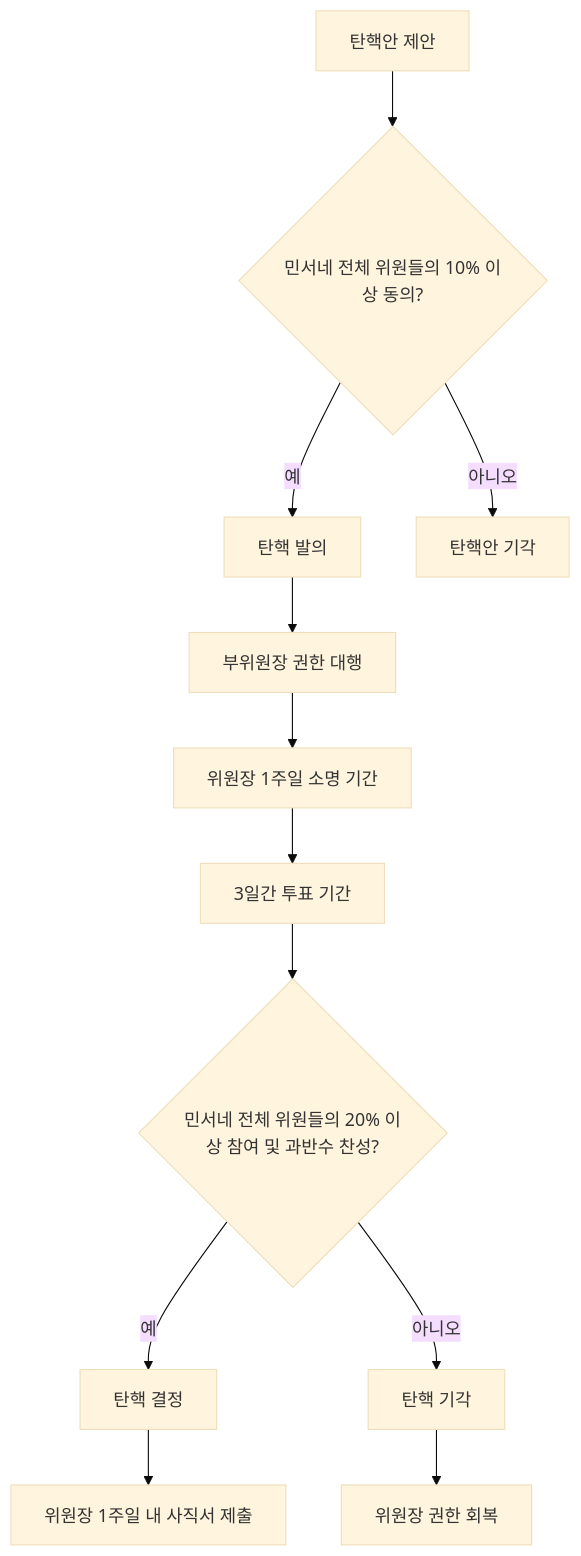
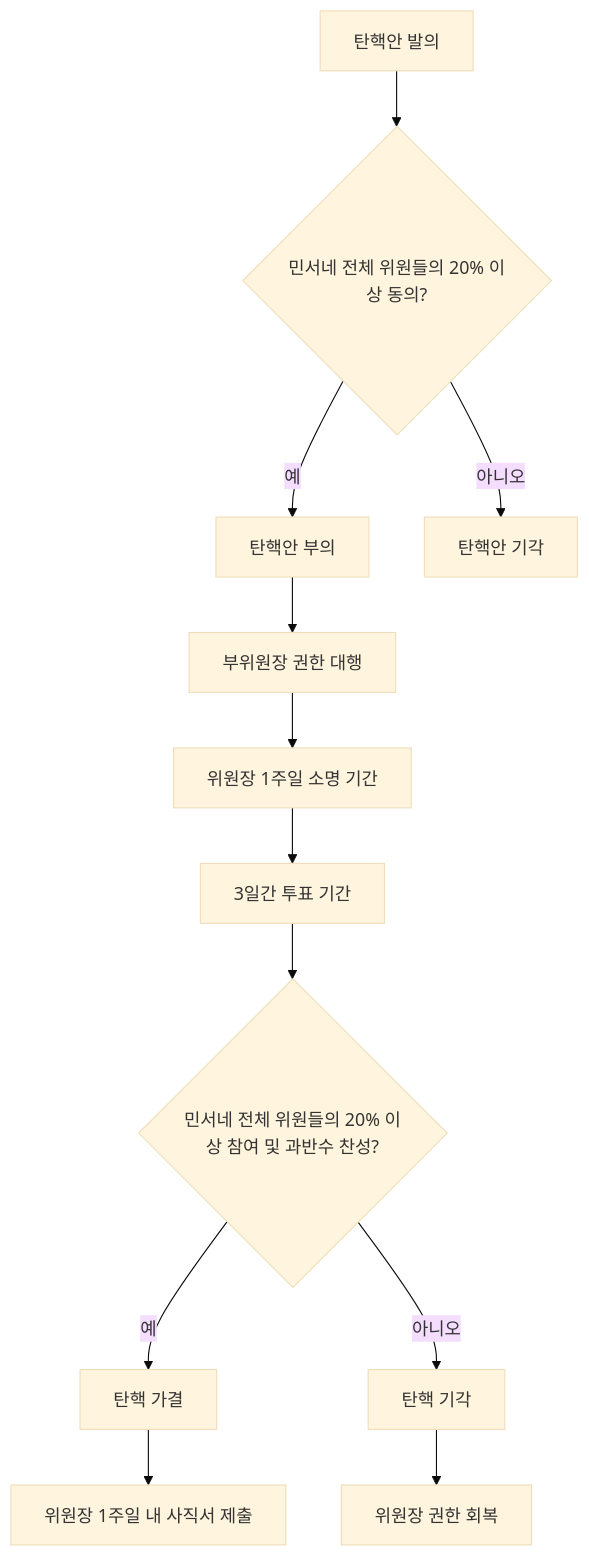
The third of 5 diagrams in rule_v1.md (aeuveritas/minseone_rule), drawn with Mermaid (base theme) before and after one commit. The commit also changed other lines of this file and 1 other file, not shown here.

````diff
--- a/rule_v1.md
+++ b/rule_v1.md
@@ -351,14 +315,14 @@
 ```mermaid
 graph TD
-A[탄핵안 제안] --> B{민서네 전체 위원들의 10% 이상 동의?}
-B -->|예| C[탄핵 발의]
+A[탄핵안 발의] --> B{민서네 전체 위원들의 20% 이상 동의?}
+B -->|예| C[탄핵안 부의]
 B -->|아니오| D[탄핵안 기각]
 C --> E[부위원장 권한 대행]
 E --> F[위원장 1주일 소명 기간]
 F --> G[3일간 투표 기간]
 G --> H{민서네 전체 위원들의 20% 이상 참여 및 과반수 찬성?}
-H -->|예| I[탄핵 결정]
+H -->|예| I[탄핵 가결]
 H -->|아니오| J[탄핵 기각]
 I --> K[위원장 1주일 내 사직서 제출]
 J --> L[위원장 권한 회복]
 ```
````
